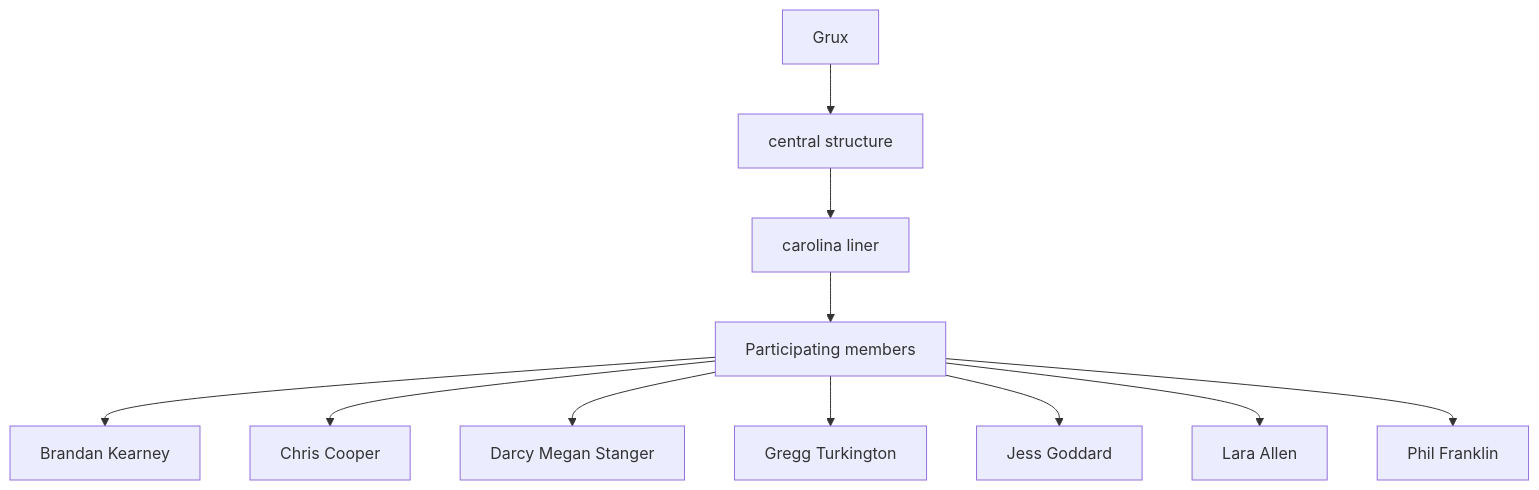
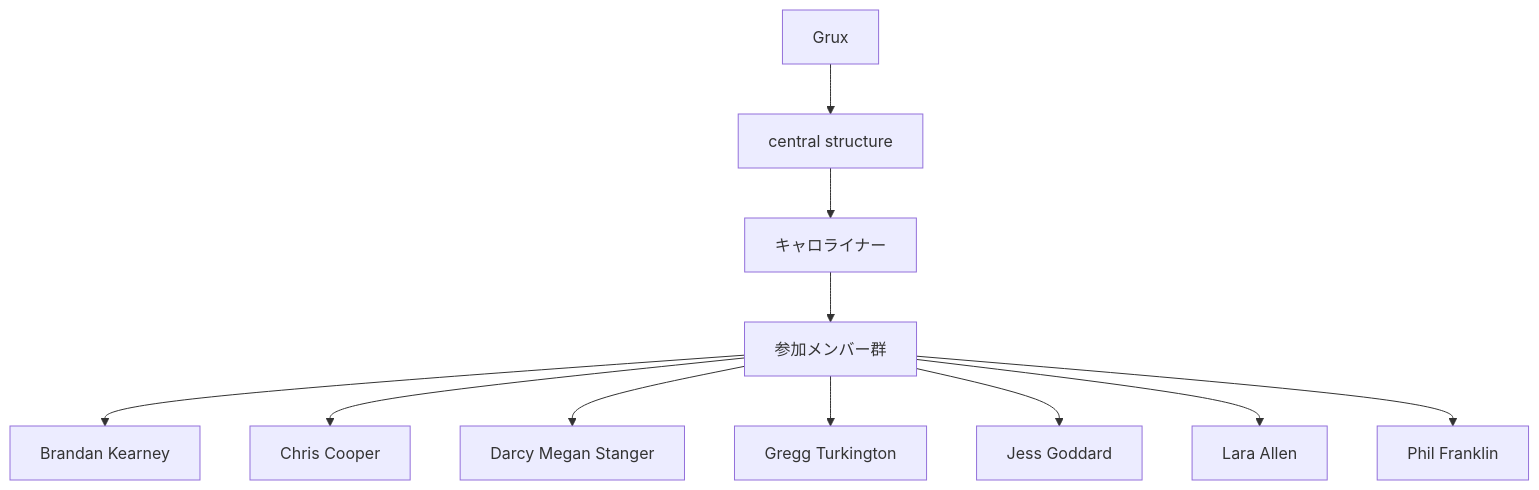
The first of 4 diagrams in en/_posts/2026-04-18-column-caroliner.md (monumental-movement/monumental-movement.github.io), drawn with Mermaid before and after one commit. The commit also changed other lines of this file and 2196 other files, not shown here.

```diff
--- a/en/_posts/2026-04-18-column-caroliner.md
+++ b/en/_posts/2026-04-18-column-caroliner.md
@@ -68,13 +67,13 @@
 <div class="mermaid">
 flowchart TD
 A[Grux] --> B[central structure]
-B --> C[carolina liner]
-C --> D[Participating members]
+B --> C[キャロライナー]
+C --> D[参加メンバー群]
 D --> E[Brandan Kearney]
 D --> F[Chris Cooper]
 D --> G[Darcy Megan Stanger]
 D --> H[Gregg Turkington]
 D --> I[Jess Goddard]
 D --> J[Lara Allen]
 D --> K[Phil Franklin]
 </div>
```
